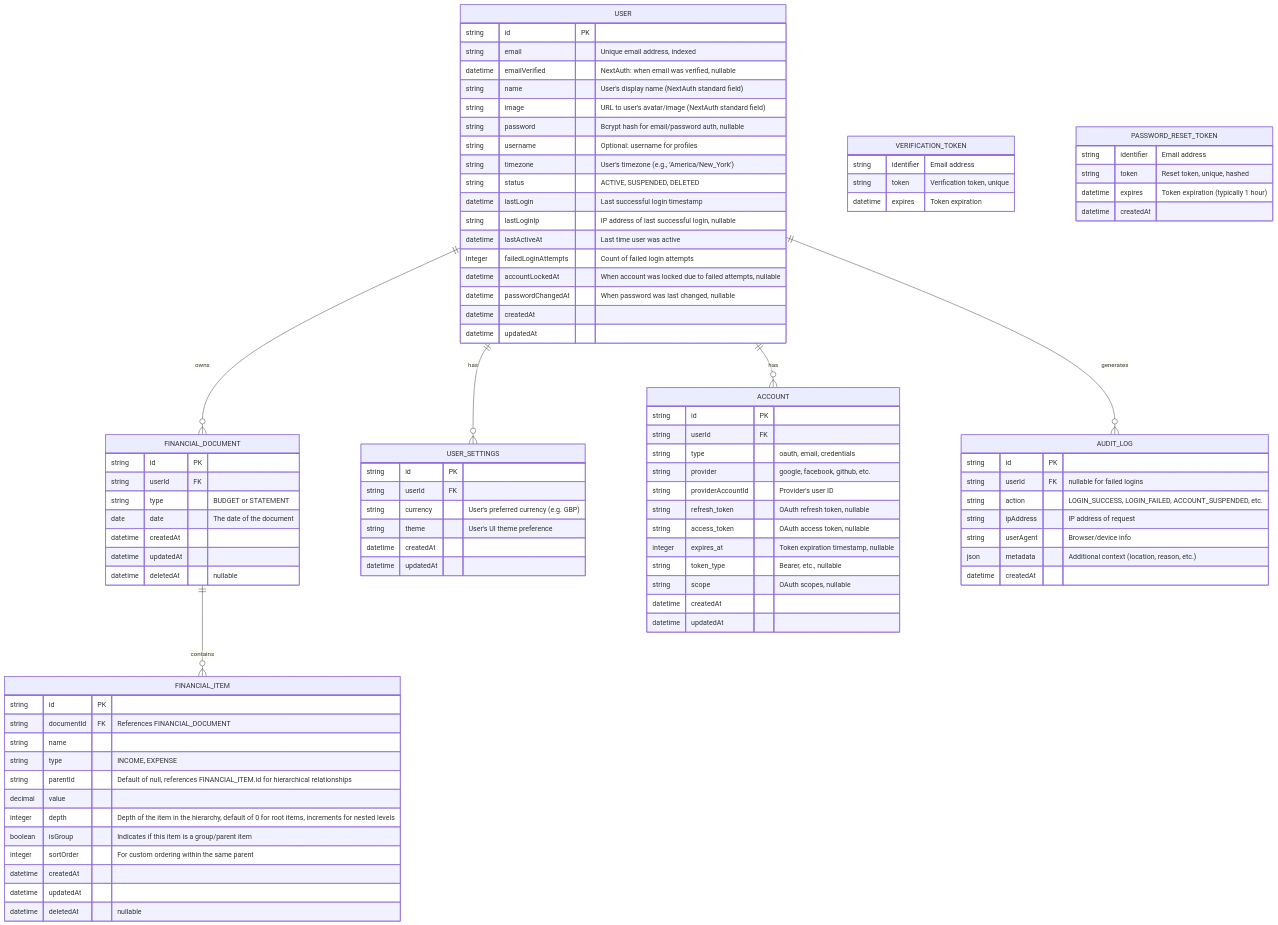
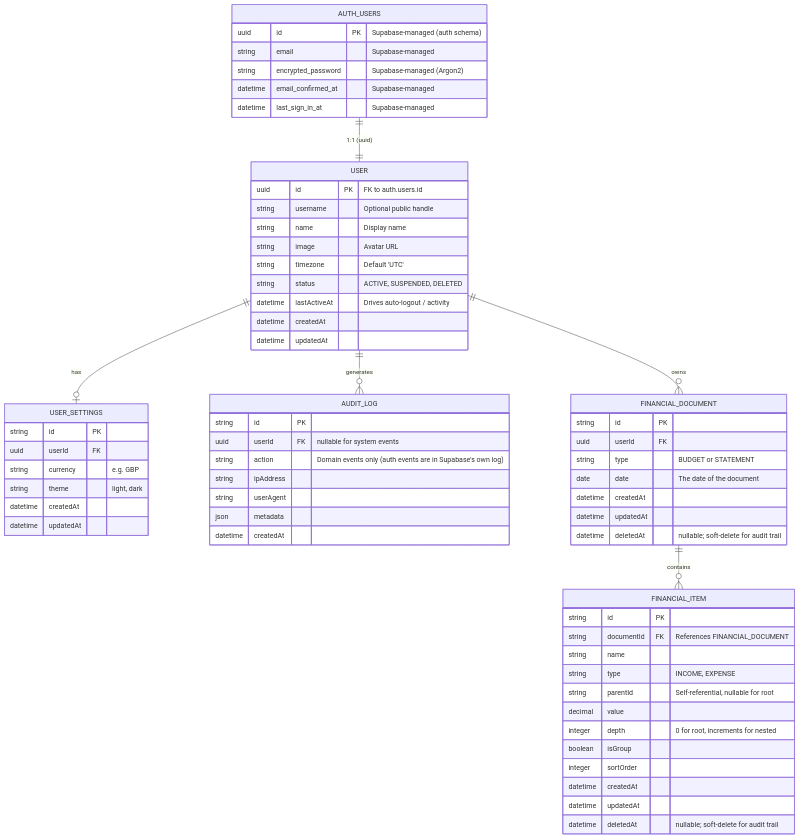
The diagram in docs/DataModels/DataModels.md (JRRS1982/halcyon), drawn with Mermaid before and after one commit. The commit also changed other lines of this file and 84 other files, not shown here.

````diff
--- a/docs/DataModels/DataModels.md
+++ b/docs/DataModels/DataModels.md
@@ -108,86 +88,58 @@
 ```mermaid
 erDiagram
+    AUTH_USERS ||--|| USER : "1:1 (uuid)"
+    USER ||--o| USER_SETTINGS : has
+    USER ||--o{ AUDIT_LOG : generates
     USER ||--o{ FINANCIAL_DOCUMENT : owns
-    USER ||--o{ USER_SETTINGS : has
-    USER ||--o{ ACCOUNT : has
-    USER ||--o{ AUDIT_LOG : generates
     FINANCIAL_DOCUMENT ||--o{ FINANCIAL_ITEM : contains
 
+    AUTH_USERS {
+      uuid id PK "Supabase-managed (auth schema)"
+      string email "Supabase-managed"
+      string encrypted_password "Supabase-managed (Argon2)"
+      datetime email_confirmed_at "Supabase-managed"
+      datetime last_sign_in_at "Supabase-managed"
+    }
+
     USER {
-      string id PK
-      string email "Unique email address, indexed"
-      datetime emailVerified "NextAuth: when email was verified, nullable"
-      string name "User's display name (NextAuth standard field)"
-      string image "URL to user's avatar/image (NextAuth standard field)"
-      string password "Bcrypt hash for email/password auth, nullable"
-      string username "Optional: username for profiles"
-      string timezone "User's timezone (e.g., 'America/New_York')"
+      uuid id PK "FK to auth.users.id"
+      string username "Optional public handle"
+      string name "Display name"
+      string image "Avatar URL"
+      string timezone "Default 'UTC'"
       string status "ACTIVE, SUSPENDED, DELETED"
-      datetime lastLogin "Last successful login timestamp"
-      string lastLoginIp "IP address of last successful login, nullable"
-      datetime lastActiveAt "Last time user was active"
-      integer failedLoginAttempts "Count of failed login attempts"
-      datetime accountLockedAt "When account was locked due to failed attempts, nullable"
-      datetime passwordChangedAt "When password was last changed, nullable"
+      datetime lastActiveAt "Drives auto-logout / activity"
       datetime createdAt
       datetime updatedAt
     }
 
     USER_SETTINGS {
       string id PK
-      string userId FK
-      string currency "User's preferred currency (e.g. GBP)"
-      string theme "User's UI theme preference"
+      uuid userId FK
+      string currency "e.g. GBP"
+      string theme "light, dark"
       datetime createdAt
       datetime updatedAt
     }
 
-    ACCOUNT {
-      string id PK
-      string userId FK
-      string type "oauth, email, credentials"
-      string provider "google, facebook, github, etc."
-      string providerAccountId "Provider's user ID"
-      string refresh_token "OAuth refresh token, nullable"
-      string access_token "OAuth access token, nullable"
-      integer expires_at "Token expiration timestamp, nullable"
-      string token_type "Bearer, etc., nullable"
-      string scope "OAuth scopes, nullable"
-      datetime createdAt
-      datetime updatedAt
-    }
-
-    VERIFICATION_TOKEN {
-      string identifier "Email address"
-      string token "Verification token, unique"
-      datetime expires "Token expiration"
-    }
-
-    PASSWORD_RESET_TOKEN {
-      string identifier "Email address"
-      string token "Reset token, unique, hashed"
-      datetime expires "Token expiration (typically 1 hour)"
-      datetime createdAt
-    }
-
     AUDIT_LOG {
       string id PK
-      string userId FK "nullable for failed logins"
-      string action "LOGIN_SUCCESS, LOGIN_FAILED, ACCOUNT_SUSPENDED, etc."
-      string ipAddress "IP address of request"
-      string userAgent "Browser/device info"
-      json metadata "Additional context (location, reason, etc.)"
+      uuid userId FK "nullable for system events"
+      string action "Domain events only (auth events are in Supabase's own log)"
+      string ipAddress
+      string userAgent
+      json metadata
       datetime createdAt
     }
 
     FINANCIAL_DOCUMENT {
       string id PK
-      string userId FK
+      uuid userId FK
       string type "BUDGET or STATEMENT"
       date date "The date of the document"
       datetime createdAt
       datetime updatedAt
-      datetime deletedAt "nullable"
+      datetime deletedAt "nullable; soft-delete for audit trail"
     }
 
     FINANCIAL_ITEM {
@@ -195,13 +147,13 @@
       string documentId FK "References FINANCIAL_DOCUMENT"
       string name
       string type "INCOME, EXPENSE"
-      string parentId "Default of null, references FINANCIAL_ITEM.id for hierarchical relationships"
+      string parentId "Self-referential, nullable for root"
       decimal value
-      integer depth "Depth of the item in the hierarchy, default of 0 for root items, increments for nested levels"
-      boolean isGroup "Indicates if this item is a group/parent item"
-      integer sortOrder "For custom ordering within the same parent"
+      integer depth "0 for root, increments for nested"
+      boolean isGroup
+      integer sortOrder
       datetime createdAt
       datetime updatedAt
-      datetime deletedAt "nullable"
+      datetime deletedAt "nullable; soft-delete for audit trail"
     }
 ```
````
